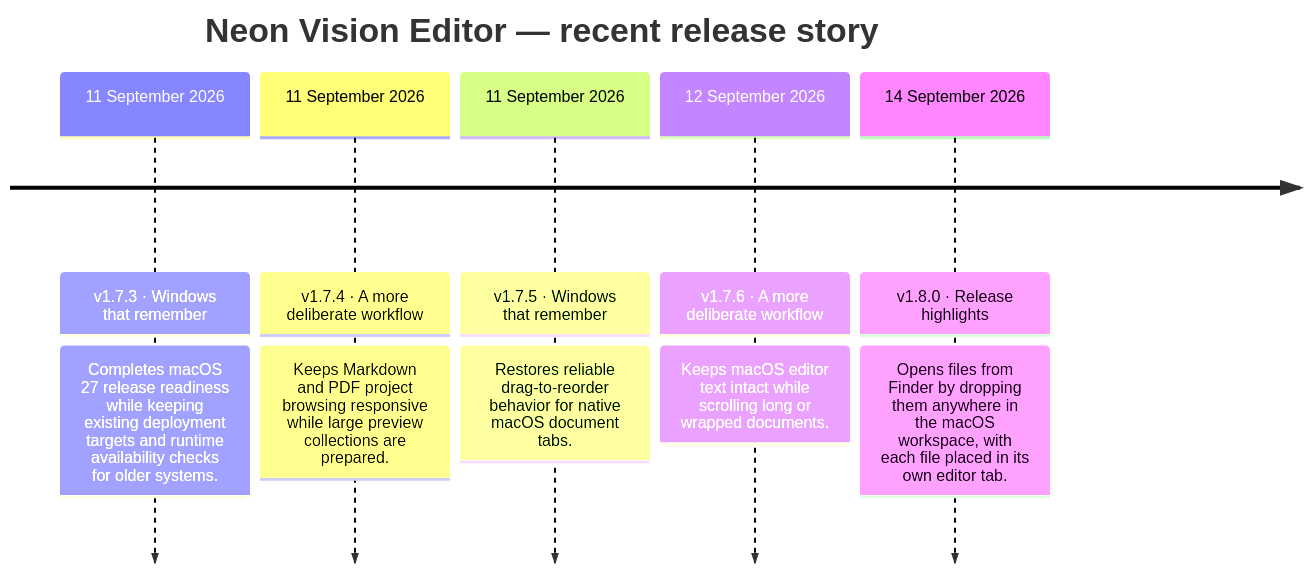
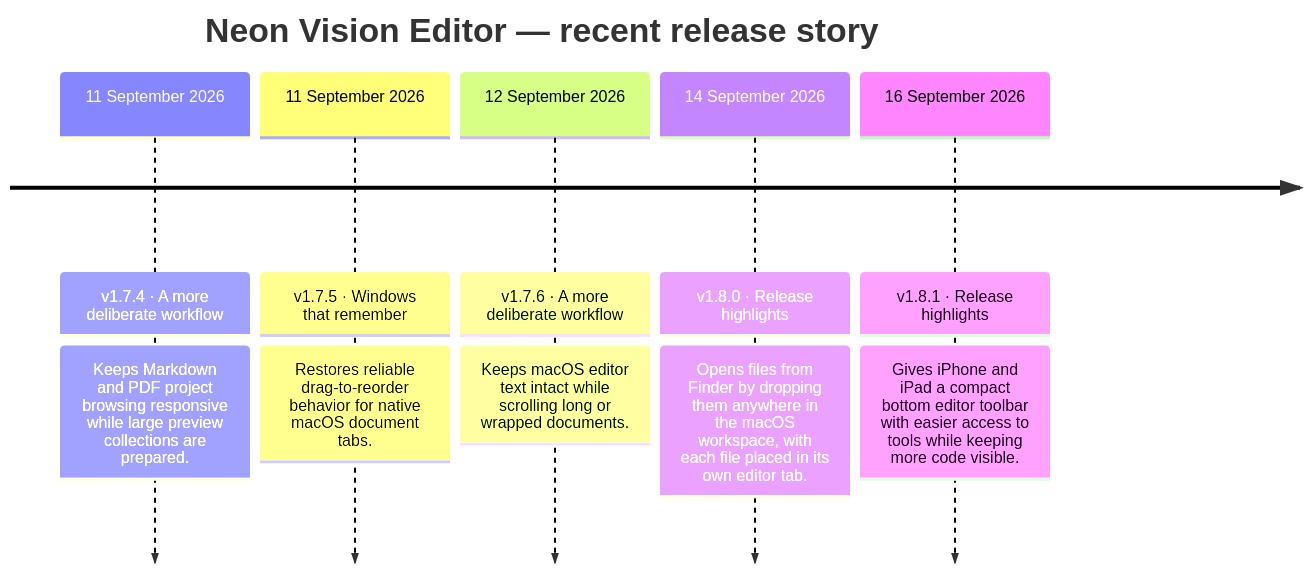
The diagram in README.md (h3pdesign/Neon-Vision-Editor), drawn with Mermaid before and after one commit. The commit also changed other lines of this file and 9 other files, not shown here.

````diff
--- a/README.md
+++ b/README.md
@@ -754,14 +764,14 @@
 ```mermaid
 timeline
     title Neon Vision Editor — recent release story
-    11 September 2026 : v1.7.3 · Windows that remember
-                : Completes macOS 27 release readiness while keeping existing deployment targets and runtime availability checks for older systems.
     11 September 2026 : v1.7.4 · A more deliberate workflow
                 : Keeps Markdown and PDF project browsing responsive while large preview collections are prepared.
     11 September 2026 : v1.7.5 · Windows that remember
                 : Restores reliable drag-to-reorder behavior for native macOS document tabs.
     12 September 2026 : v1.7.6 · A more deliberate workflow
                 : Keeps macOS editor text intact while scrolling long or wrapped documents.
     14 September 2026 : v1.8.0 · Release highlights
                 : Opens files from Finder by dropping them anywhere in the macOS workspace, with each file placed in its own editor tab.
+    16 September 2026 : v1.8.1 · Release highlights
+                : Gives iPhone and iPad a compact bottom editor toolbar with easier access to tools while keeping more code visible.
 ```
````
